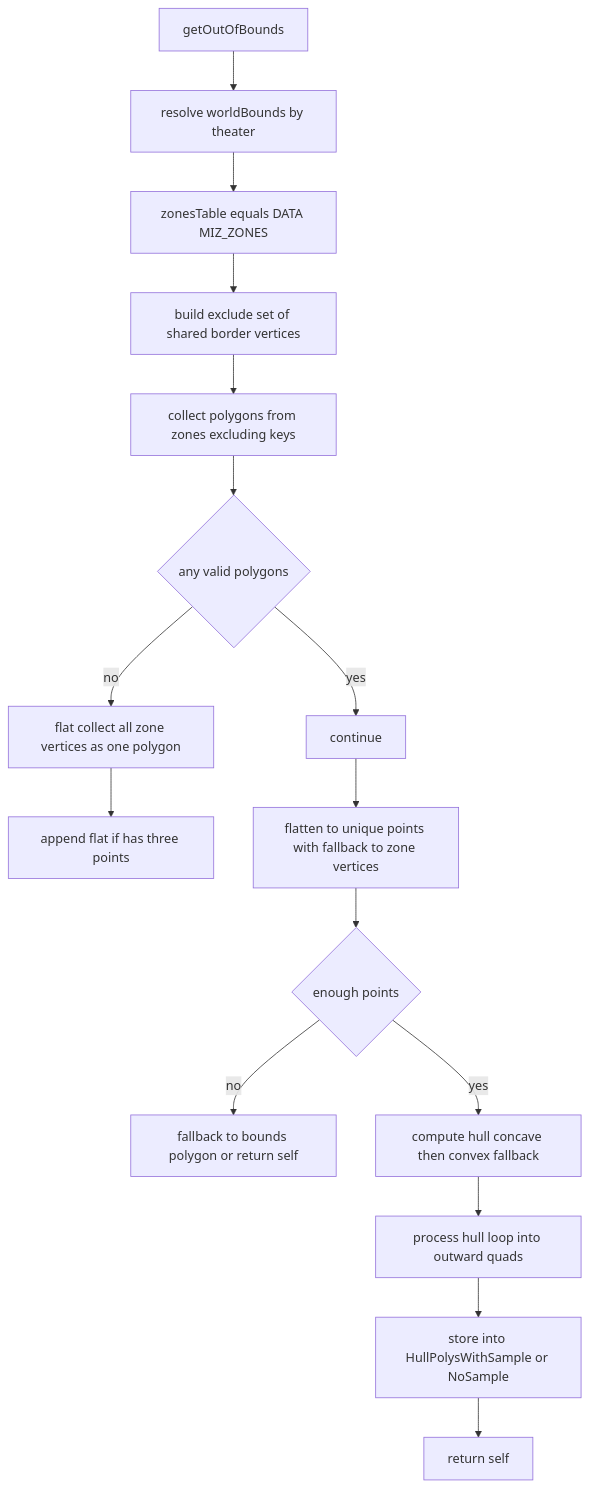
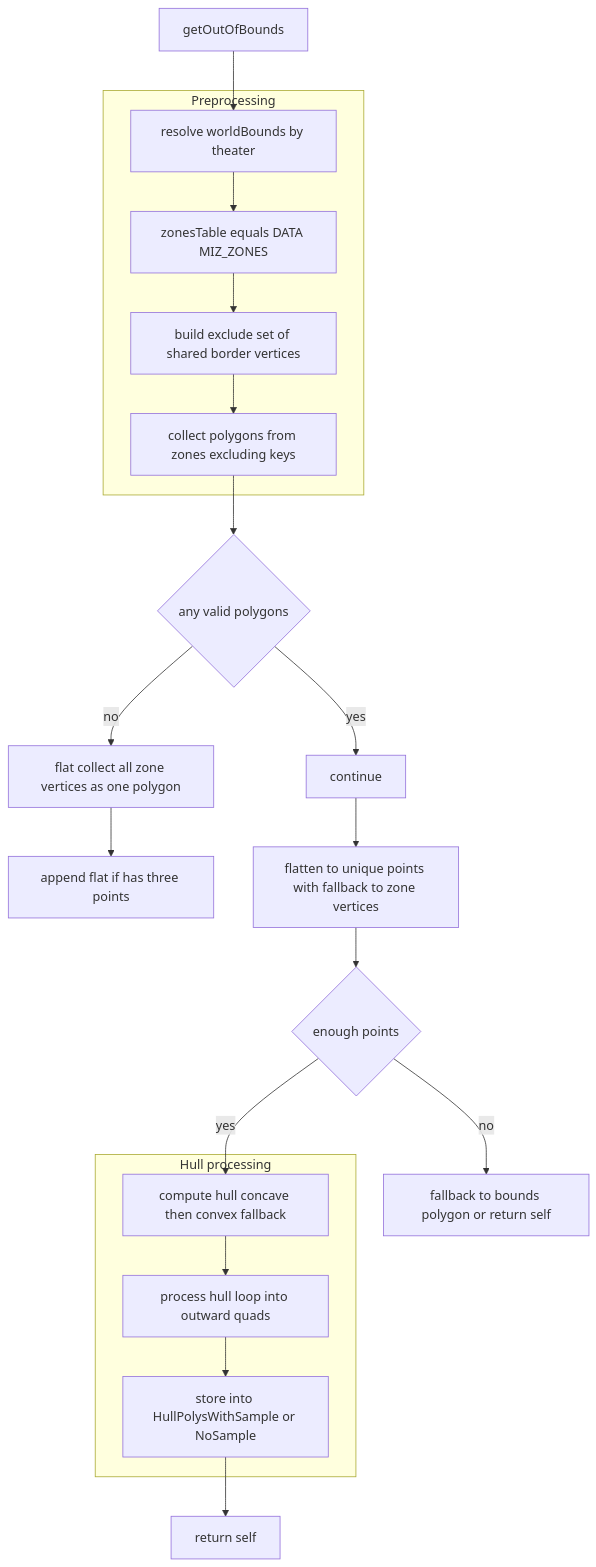
Before and after one commit to Gh0st352/AETHR: the second of 7 diagrams in docs/zone_manager/game_bounds.md, drawn with Mermaid. The commit also changed other lines of this file and 6 other files, not shown here.

Commit message:
docs(zone_manager, mermaid): normalize headings, restructure Mermaid diagrams, and add shared theme & class annotations

````diff
--- a/docs/zone_manager/game_bounds.md
+++ b/docs/zone_manager/game_bounds.md
@@ -58,18 +66,28 @@
 ```mermaid
+%% shared theme: docs/_mermaid/theme.json %%
 flowchart TD
   O1[getOutOfBounds] --> O2[resolve worldBounds by theater]
-  O2 --> O3[zonesTable equals DATA MIZ_ZONES]
-  O3 --> O4[build exclude set of shared border vertices]
-  O4 --> O5[collect polygons from zones excluding keys]
+  subgraph "Preprocessing"
+    O2 --> O3[zonesTable equals DATA MIZ_ZONES]
+    O3 --> O4[build exclude set of shared border vertices]
+    O4 --> O5[collect polygons from zones excluding keys]
+  end
   O5 --> O6{any valid polygons}
   O6 -->|no| O7[flat collect all zone vertices as one polygon]
   O6 -->|yes| O8[continue]
   O7 --> O9[append flat if has three points]
   O8 --> O10[flatten to unique points with fallback to zone vertices]
   O10 --> O11{enough points}
   O11 -->|no| O12[fallback to bounds polygon or return self]
   O11 -->|yes| O13[compute hull concave then convex fallback]
-  O13 --> O14[process hull loop into outward quads]
-  O14 --> O15[store into HullPolysWithSample or NoSample]
+  subgraph "Hull processing"
+    O13 --> O14[process hull loop into outward quads]
+    O14 --> O15[store into HullPolysWithSample or NoSample]
+  end
   O15 --> O16[return self]
+  class O1,O2,O3,O4,O5,O7,O8,O9,O10,O13,O14,O15 class_step;
+  class O2 class_io;
+  class O6,O11 class_decision;
+  class O12,O16 class_result;
+  class O13,O14 class_compute;
 ```
````
